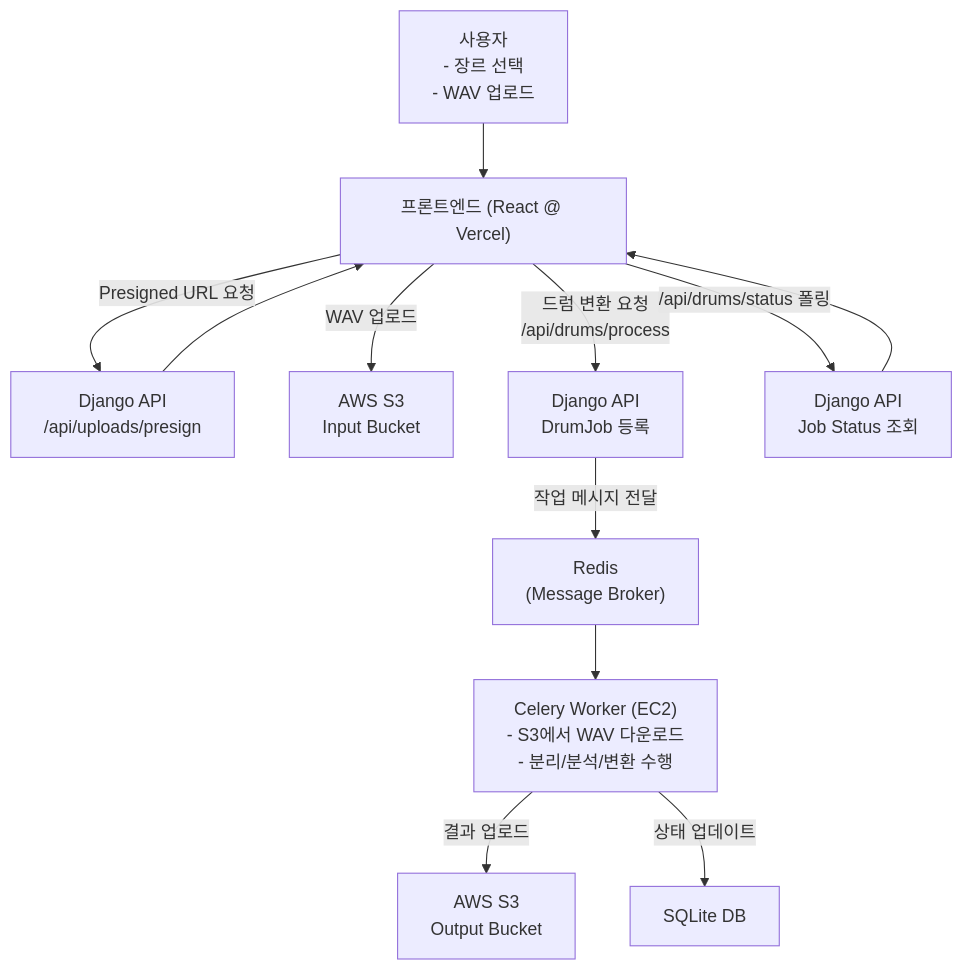
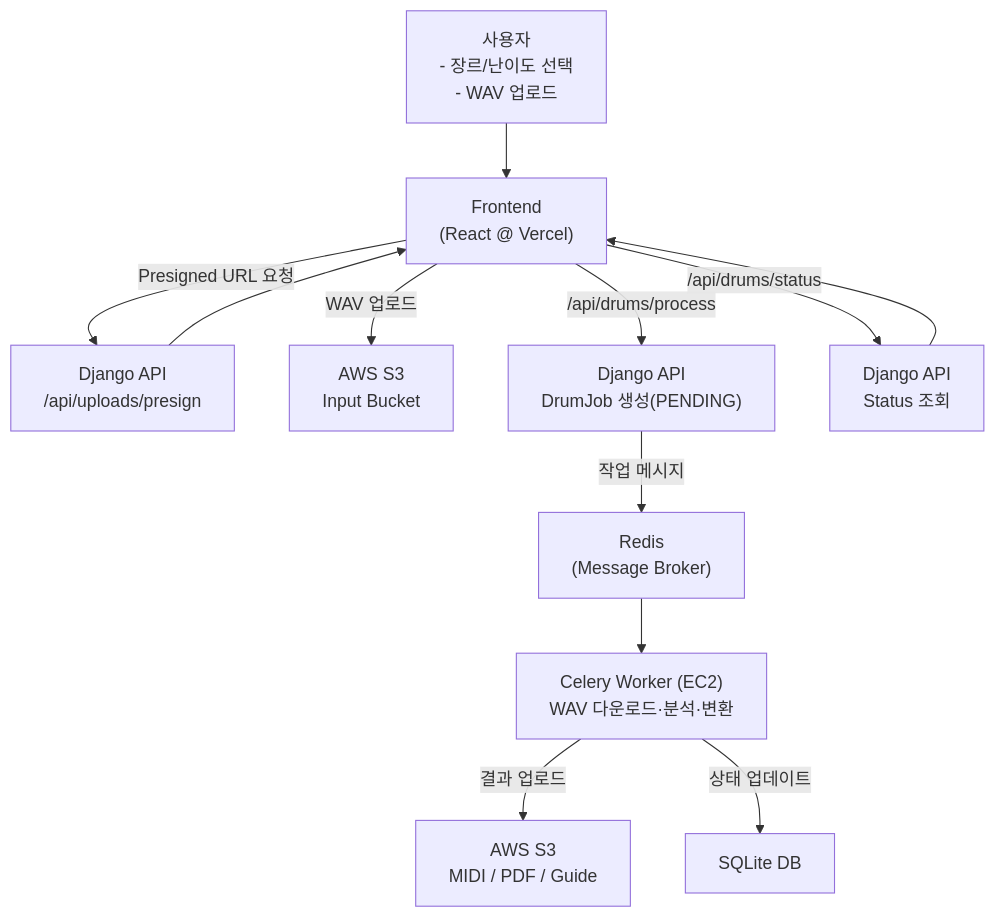
Before and after one commit to OpenSWProject0302/front: the diagram in README.md, drawn with Mermaid.

`````diff
--- a/README.md
+++ b/README.md
@@ -40,23 +40,23 @@
 ```mermaid
 flowchart TD
 
-    User["사용자<br/>- 장르 선택<br/>- WAV 업로드"] --> FE["프론트엔드 (React @ Vercel)"]
+    User["사용자<br/>- 장르/난이도 선택<br/>- WAV 업로드"] --> FE["Frontend<br/>(React @ Vercel)"]
 
     FE -->|Presigned URL 요청| BE_Presign["Django API<br/>/api/uploads/presign"]
     BE_Presign --> FE
 
     FE -->|WAV 업로드| S3_Input["AWS S3<br/>Input Bucket"]
 
-    FE -->|드럼 변환 요청<br/>/api/drums/process| BE_Process["Django API<br/>DrumJob 등록"]
+    FE -->|/api/drums/process| BE_Process["Django API<br/>DrumJob 생성(PENDING)"]
 
-    BE_Process -->|작업 메시지 전달| Redis["Redis<br/>(Message Broker)"]
+    BE_Process -->|작업 메시지| Redis["Redis<br/>(Message Broker)"]
 
-    Redis --> Worker["Celery Worker (EC2)<br/>- S3에서 WAV 다운로드<br/>- 분리/분석/변환 수행"]
+    Redis --> Worker["Celery Worker (EC2)<br/>WAV 다운로드·분석·변환"]
 
-    Worker -->|결과 업로드| S3_Output["AWS S3<br/>Output Bucket"]
+    Worker -->|결과 업로드| S3_Output["AWS S3<br/>MIDI / PDF / Guide"]
 
     Worker -->|상태 업데이트| DB["SQLite DB"]
 
-    FE -->|/api/drums/status 폴링| BE_Status["Django API<br/>Job Status 조회"]
+    FE -->|/api/drums/status| BE_Status["Django API<br/>Status 조회"]
     BE_Status --> FE
 ````
`````
